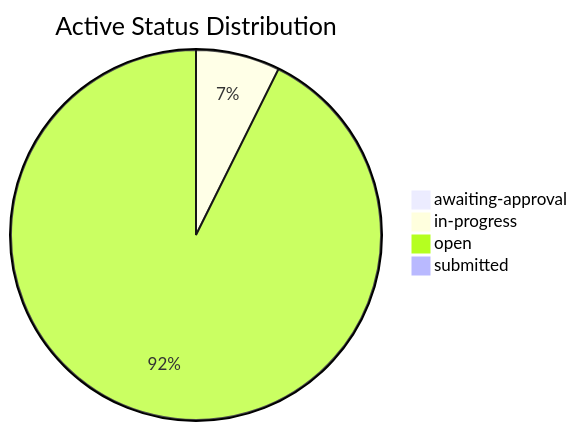
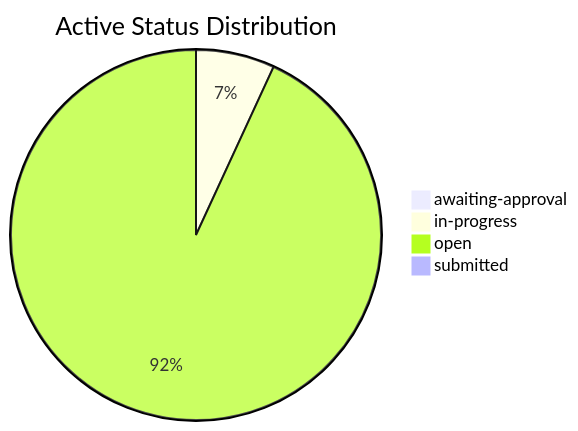
Before and after one commit to mgosal/5et.uk: the second of 3 diagrams in dashboard.md, drawn with Mermaid. The commit also changed other lines of this file and 3 other files, not shown here.

````diff
--- a/dashboard.md
+++ b/dashboard.md
@@ -367,7 +248,7 @@
 ```mermaid
 pie title Active Status Distribution
     "awaiting-approval" : 1
     "in-progress" : 13
-    "open" : 164
+    "open" : 176
     "submitted" : 1
 ```
````
